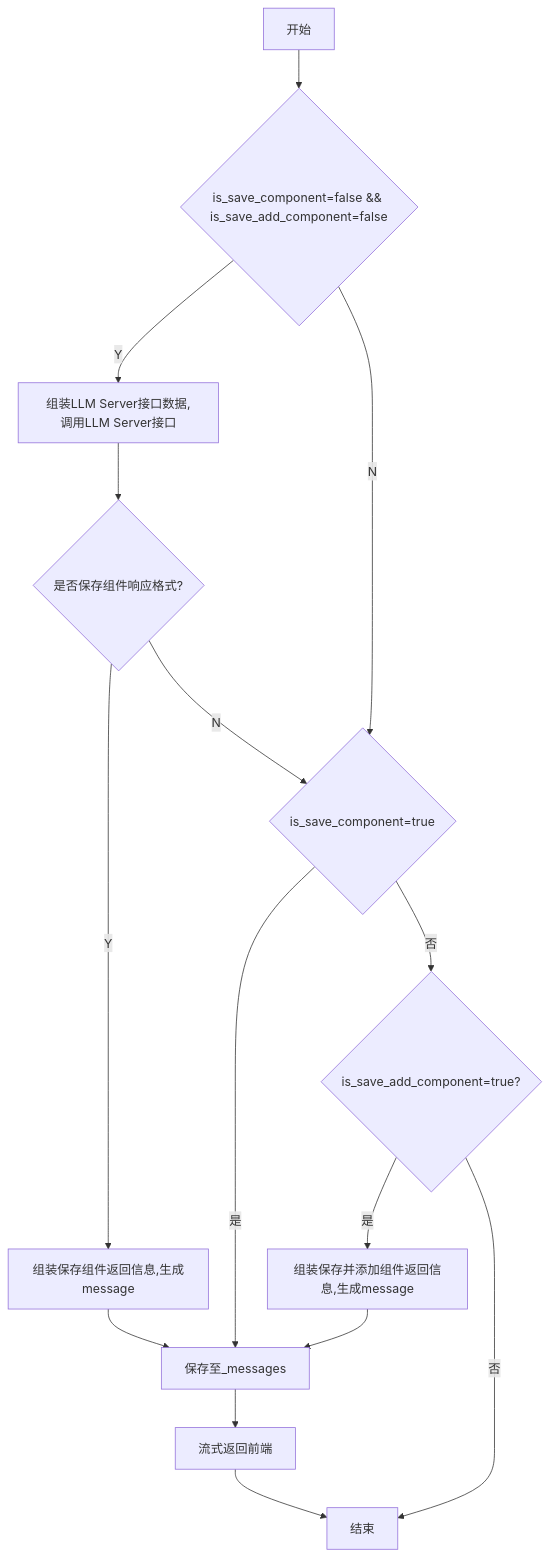
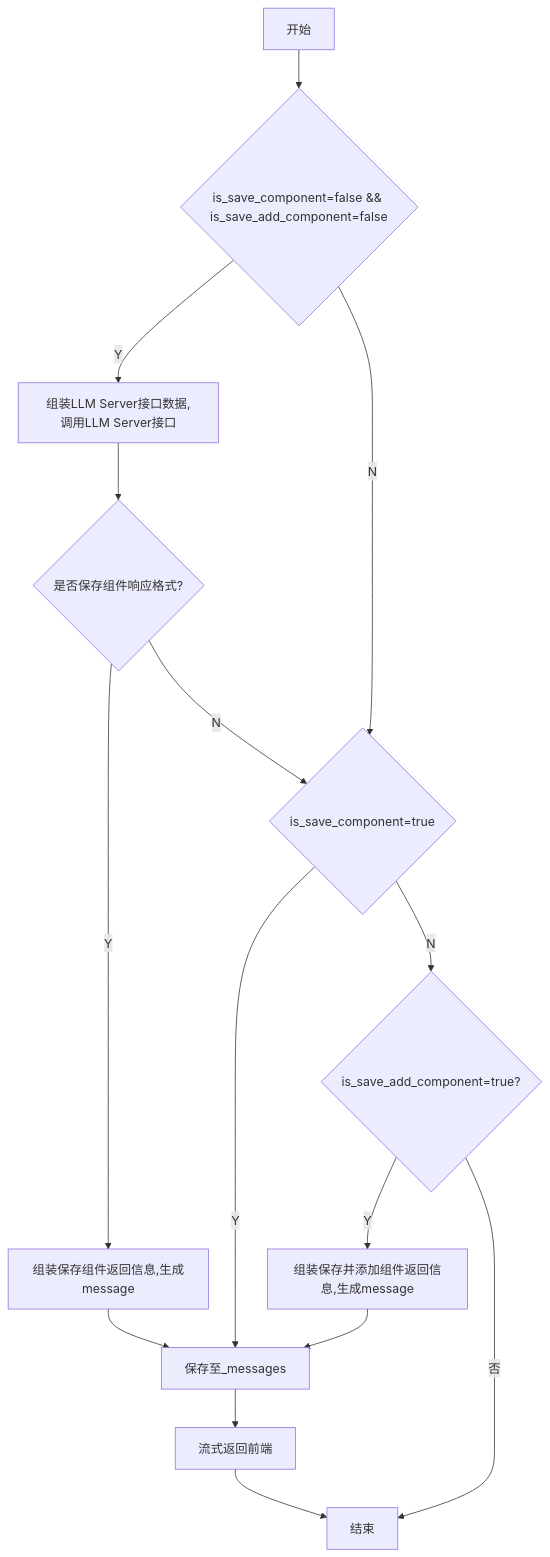
Before and after one commit to yingjianzh/iodraw-files: the diagram in all/未命名-7.md, drawn with Mermaid.

Commit message:
2024-10-12 13:57:48 update

````diff
--- a/all/未命名-7.md
+++ b/all/未命名-7.md
@@ -1,18 +1,18 @@
 ```mermaid
 flowchart TD
     A[开始] --> B{is_save_component=false && is_save_add_component=false}
     B -- Y --> C[组装LLM Server接口数据,调用LLM Server接口]
     B -- N --> D{is_save_component=true}
     C --> E{是否保存组件响应格式?}
     E -- Y --> F[组装保存组件返回信息,生成message]
     E -- N --> D
     F --> G[保存至_messages]
     G --> H[流式返回前端]
     H --> I[结束]
-    D -- 是 --> G
-    D -- 否 --> J{is_save_add_component=true?}
-    J -- 是 --> K[组装保存并添加组件返回信息,生成message]
+    D -- Y --> G
+    D -- N --> J{is_save_add_component=true?}
+    J -- Y --> K[组装保存并添加组件返回信息,生成message]
     K --> G
     J -- 否 --> I
 
 ```
````
